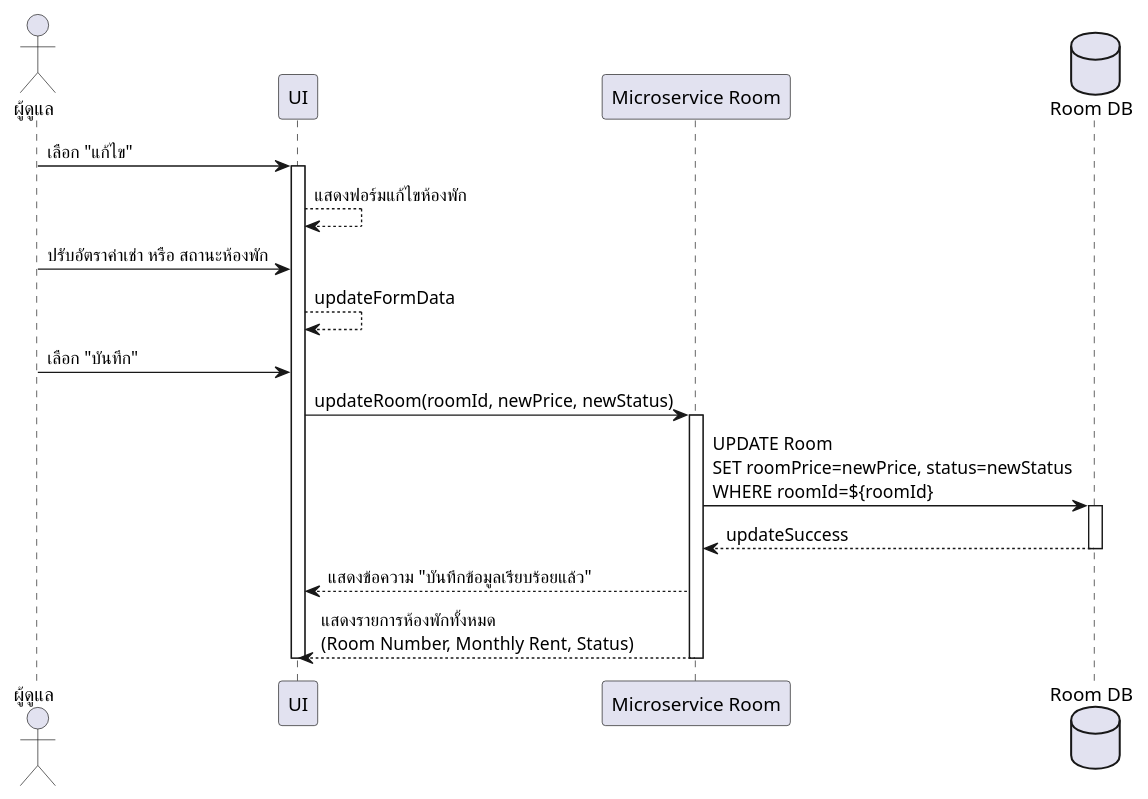
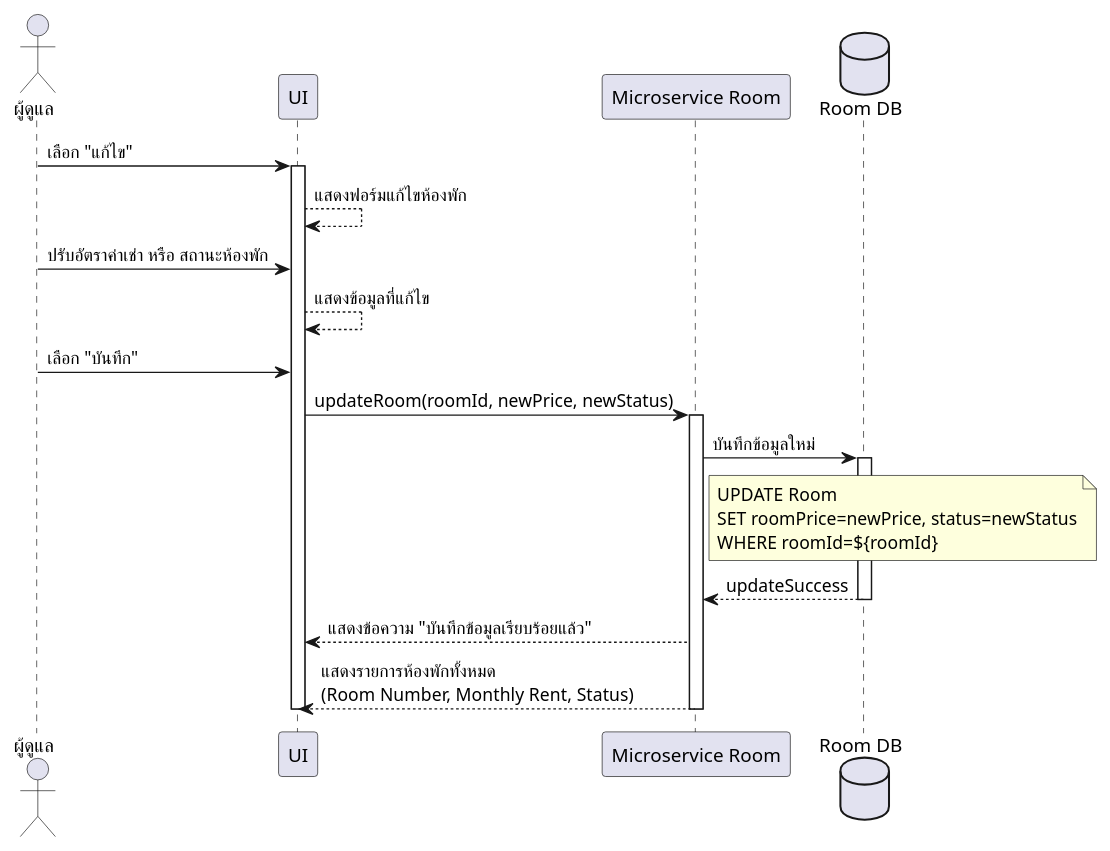
Before and after one commit to warinyang/UML-monthly-room-rent: the diagram in usecase03_edit_room.plantuml, drawn with PlantUML.

```diff
--- a/usecase03_edit_room.plantuml
+++ b/usecase03_edit_room.plantuml
@@ -1,34 +1,41 @@
 @startuml
 skinparam defaultFontName "TH Sarabun New"
 
 actor "ผู้ดูแล" as Admin
 participant "UI" as UI
 participant "Microservice Room" as MSROOM
 database "Room DB" as RoomDB
 
 
 Admin -> UI      : เลือก "แก้ไข"
 activate UI
 
 UI --> UI       : แสดงฟอร์มแก้ไขห้องพัก
 
 Admin -> UI      : ปรับอัตราค่าเช่า หรือ สถานะห้องพัก
-UI --> UI       : updateFormData
+UI --> UI       : แสดงข้อมูลที่แก้ไข
 
 Admin -> UI      : เลือก "บันทึก"
 UI -> MSROOM    : updateRoom(roomId, newPrice, newStatus)
 activate MSROOM
 
-MSROOM -> RoomDB: UPDATE Room\nSET roomPrice=newPrice, status=newStatus\nWHERE roomId=${roomId}
+MSROOM -> RoomDB: บันทึกข้อมูลใหม่
+note right of  MSROOM
+UPDATE Room
+SET roomPrice=newPrice, status=newStatus
+WHERE roomId=${roomId}
+end note
+
 activate RoomDB
+
 
 RoomDB --> MSROOM: updateSuccess
 deactivate RoomDB
 
 MSROOM --> UI    : แสดงข้อความ "บันทึกข้อมูลเรียบร้อยแล้ว"
 MSROOM --> UI    : แสดงรายการห้องพักทั้งหมด\n(Room Number, Monthly Rent, Status)
 
 deactivate MSROOM
 deactivate UI
 
 @enduml
```
